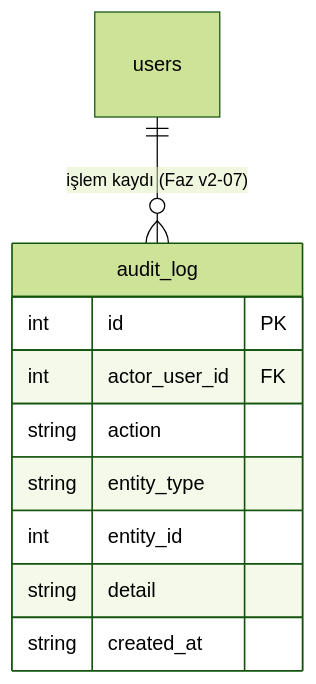
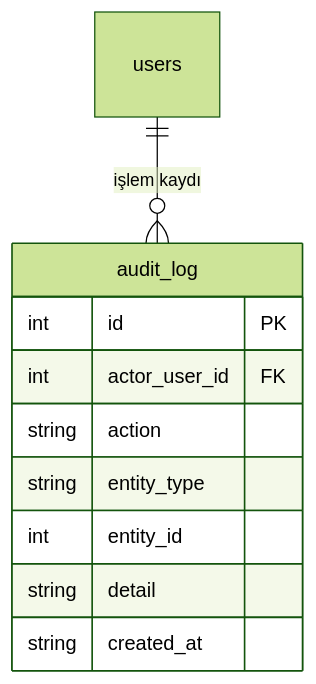
Before and after one commit to keremtalhaoral/sosyal_tesis_etkile-imli: the third of 3 diagrams in docs/diagrams/er-v2.md, drawn with Mermaid (forest theme). The commit also changed other lines of this file and 14 other files, not shown here.

First line of the commit message:
v2-07: gelişmiş admin paneli (audit log + sipariş yaşam döngüsü + gözetim)

````diff
--- a/docs/diagrams/er-v2.md
+++ b/docs/diagrams/er-v2.md
@@ -119,13 +118,13 @@
 ```mermaid
 erDiagram
-    users ||--o{ audit_log : "işlem kaydı (Faz v2-07)"
+    users ||--o{ audit_log : "işlem kaydı"
     audit_log {
         int id PK
         int actor_user_id FK
         string action
         string entity_type
         int entity_id
         string detail
         string created_at
     }
 ```
````
